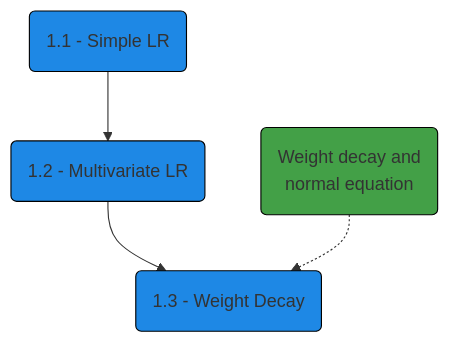
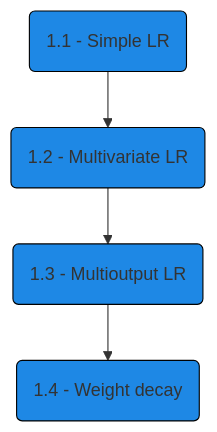
The diagram in content/1-linear-regression/linear-regression.md (PilotLeoYan/inside-deep-learning), drawn with Mermaid before and after one commit. The commit also changed other lines of this file, not shown here.

````diff
--- a/content/1-linear-regression/linear-regression.md
+++ b/content/1-linear-regression/linear-regression.md
@@ -3,19 +5,17 @@
 ```mermaid
 ---
 
 ---
 flowchart TD
     c1(1.1 - Simple LR)
     c2(1.2 - Multivariate LR)
-    c3(1.3 - Weight Decay)
-    m1(Weight decay and
-normal equation)
+    c3(1.3 - Multioutput LR)
+    c4(1.4 - Weight decay)
 
 c1:::model --> c2
-c2:::model --> c3:::model
-
-m1:::math -.-> c3
+c2:::model --> c3
+c3:::model --> c4:::model
 
 classDef model fill:#1E88E5,stroke:#000,stroke-width:1px
 classDef math fill:#43A047,stroke:#000,stroke-width:1px
 ```
````
